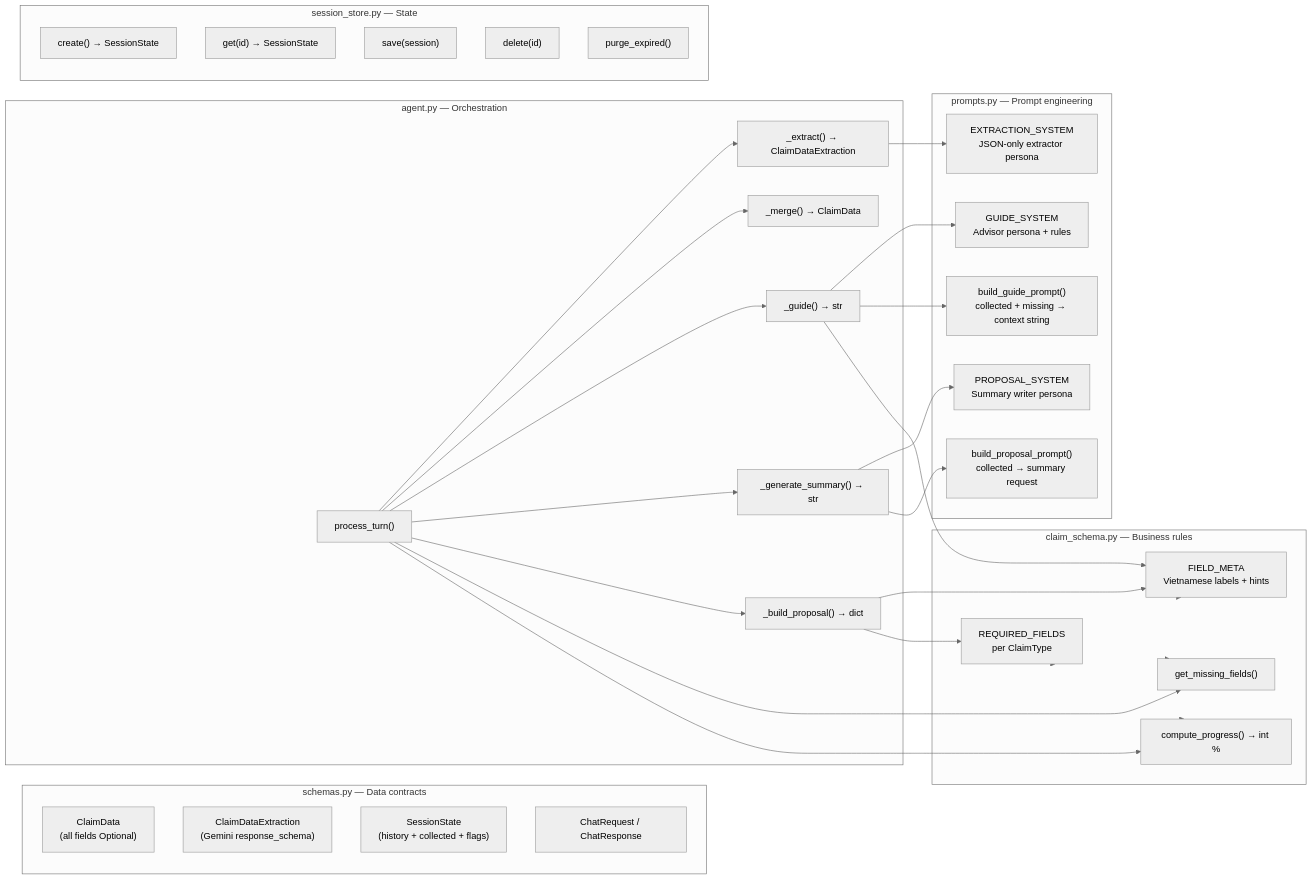
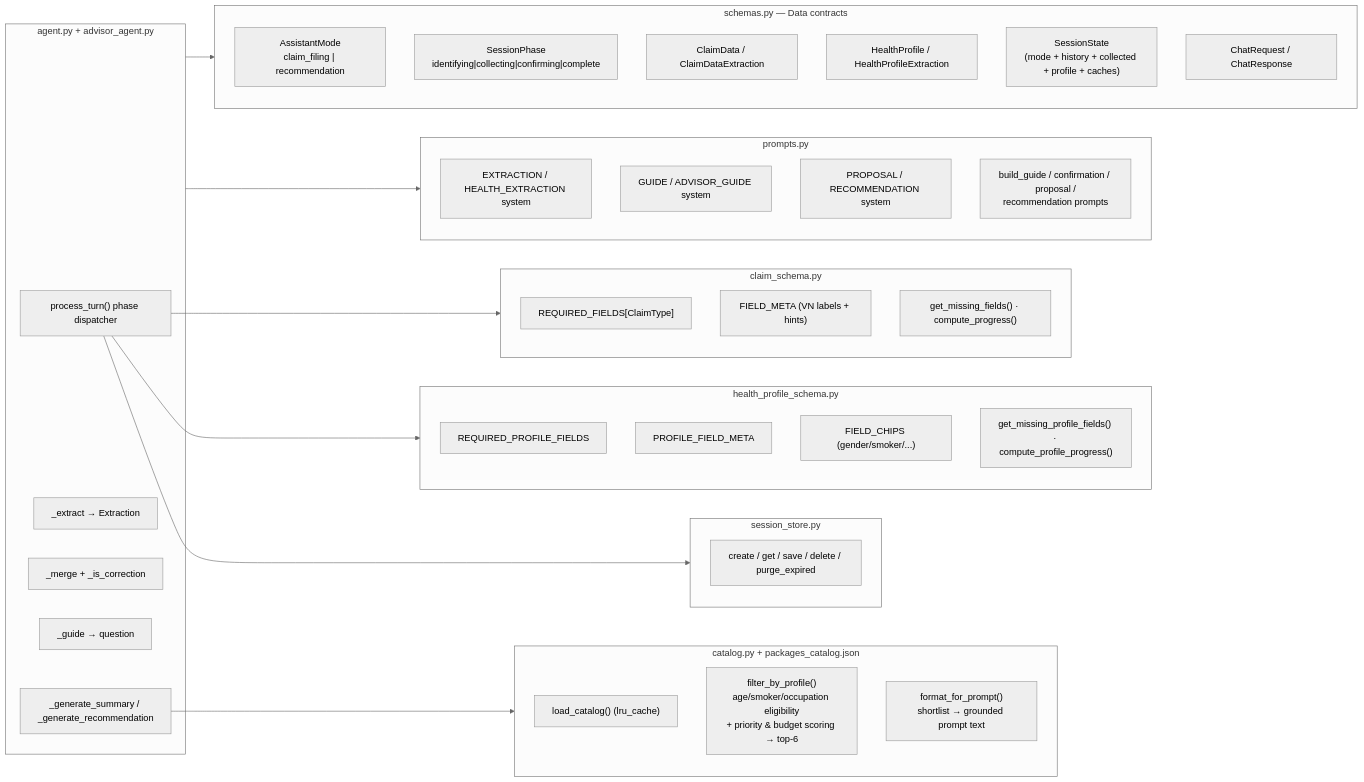
Before and after one commit to nguyenduy-math/agentichouse: the fifth of 6 diagrams in labs/healthcare-assistant/HLD.md, drawn with Mermaid (neutral theme). The commit also changed other lines of this file and 2 other files, not shown here.

First line of the commit message:
docs(healthcare-assistant): rename real insurers to fictional names

````diff
--- a/labs/healthcare-assistant/HLD.md
+++ b/labs/healthcare-assistant/HLD.md
@@ -154,49 +191,54 @@
 ```mermaid
 graph LR
     subgraph schemas["schemas.py — Data contracts"]
-        CD["ClaimData\n(all fields Optional)"]
-        CDE["ClaimDataExtraction\n(Gemini response_schema)"]
-        SS2["SessionState\n(history + collected + flags)"]
+        AM["AssistantMode\nclaim_filing | recommendation"]
+        SP["SessionPhase\nidentifying|collecting|confirming|complete"]
+        CD["ClaimData / ClaimDataExtraction"]
+        HP["HealthProfile / HealthProfileExtraction"]
+        SST["SessionState\n(mode + history + collected + profile + caches)"]
         CR["ChatRequest / ChatResponse"]
     end
 
-    subgraph claim_schema["claim_schema.py — Business rules"]
-        RF["REQUIRED_FIELDS\nper ClaimType"]
-        FM["FIELD_META\nVietnamese labels + hints"]
-        GMF["get_missing_fields()"]
-        CP["compute_progress() → int %"]
+    subgraph claim_schema["claim_schema.py"]
+        RF["REQUIRED_FIELDS[ClaimType]"]
+        FM["FIELD_META (VN labels + hints)"]
+        GMF["get_missing_fields() · compute_progress()"]
     end
 
-    subgraph prompts["prompts.py — Prompt engineering"]
-        ES["EXTRACTION_SYSTEM\nJSON-only extractor persona"]
-        GS["GUIDE_SYSTEM\nAdvisor persona + rules"]
-        PS["PROPOSAL_SYSTEM\nSummary writer persona"]
-        BGP["build_guide_prompt()\ncollected + missing → context string"]
-        BPP["build_proposal_prompt()\ncollected → summary request"]
+    subgraph profile_schema["health_profile_schema.py"]
+        RPF["REQUIRED_PROFILE_FIELDS"]
+        PFM["PROFILE_FIELD_META"]
+        FC["FIELD_CHIPS (gender/smoker/...)"]
+        GMP["get_missing_profile_fields() · compute_profile_progress()"]
     end
 
-    subgraph agent["agent.py — Orchestration"]
-        PT["process_turn()"]
-        EX["_extract() → ClaimDataExtraction"]
-        ME["_merge() → ClaimData"]
-        GU["_guide() → str"]
-        GS2["_generate_summary() → str"]
-        BP["_build_proposal() → dict"]
+    subgraph catalog["catalog.py + packages_catalog.json"]
+        LC["load_catalog() (lru_cache)"]
+        FBP["filter_by_profile()\nage/smoker/occupation eligibility\n+ priority & budget scoring → top-6"]
+        FFP["format_for_prompt()\nshortlist → grounded prompt text"]
     end
 
-    subgraph session["session_store.py — State"]
-        SC["create() → SessionState"]
-        SG["get(id) → SessionState"]
-        SV["save(session)"]
-        SD["delete(id)"]
-        PE["purge_expired()"]
+    subgraph prompts["prompts.py"]
+        ESsys["EXTRACTION / HEALTH_EXTRACTION system"]
+        GSsys["GUIDE / ADVISOR_GUIDE system"]
+        RSsys["PROPOSAL / RECOMMENDATION system"]
+        BLD["build_guide / confirmation / proposal /\nrecommendation prompts"]
     end
 
-    PT --> EX & ME & GU & GS2 & BP
-    EX --> ES
-    GU --> GS & BGP & FM
-    GS2 --> PS & BPP
-    BP --> FM & RF
-    PT --> GMF & CP
-    claim_schema --> RF & FM & GMF & CP
+    subgraph agents["agent.py + advisor_agent.py"]
+        PT["process_turn() phase dispatcher"]
+        EX["_extract → Extraction"]
+        ME["_merge + _is_correction"]
+        GU["_guide → question"]
+        FIN["_generate_summary / _generate_recommendation"]
+    end
+
+    subgraph session["session_store.py"]
+        SC["create / get / save / delete / purge_expired"]
+    end
+
+    agents --> schemas & prompts
+    PT --> claim_schema & profile_schema
+    FIN --> catalog
+    PT --> session
 ```
````
